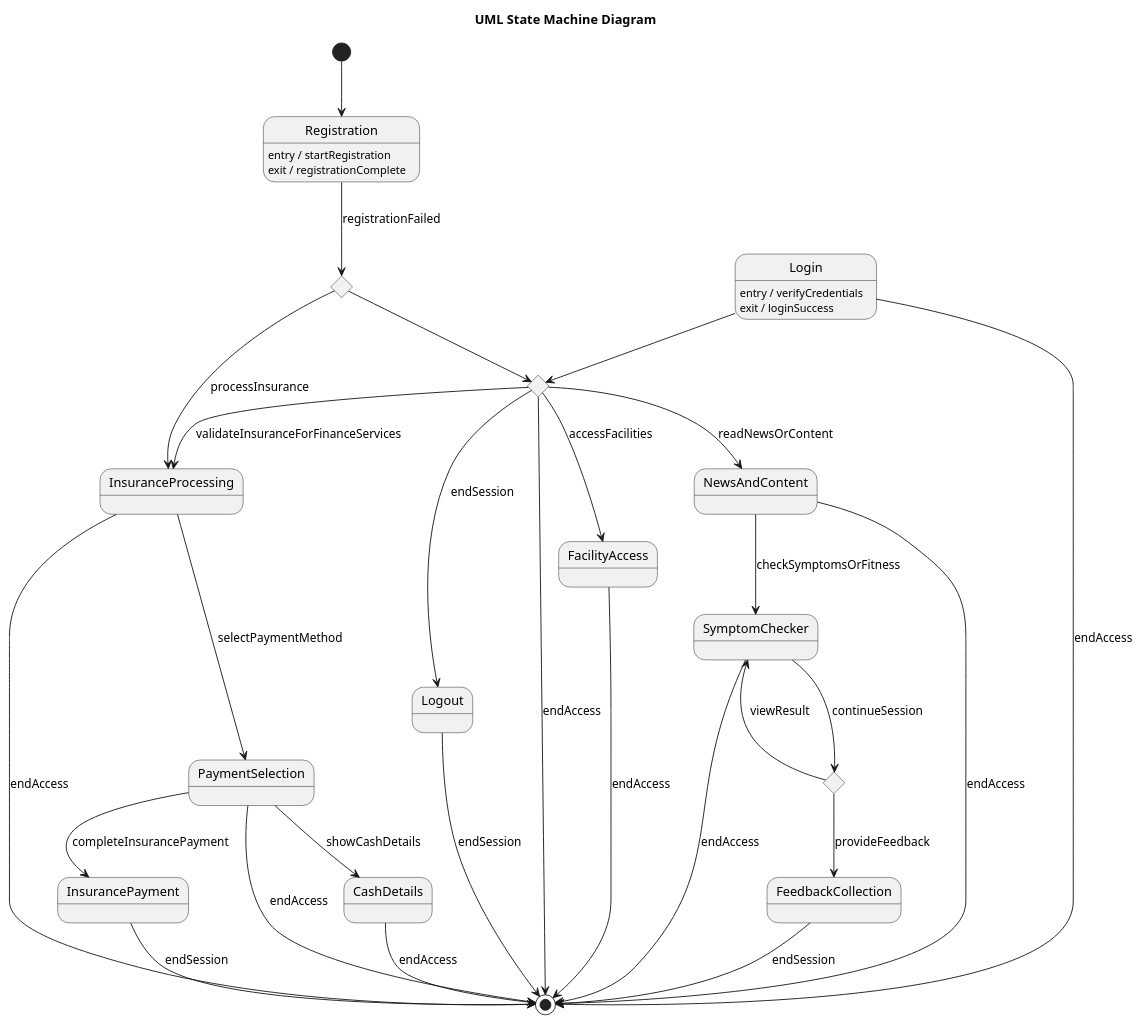
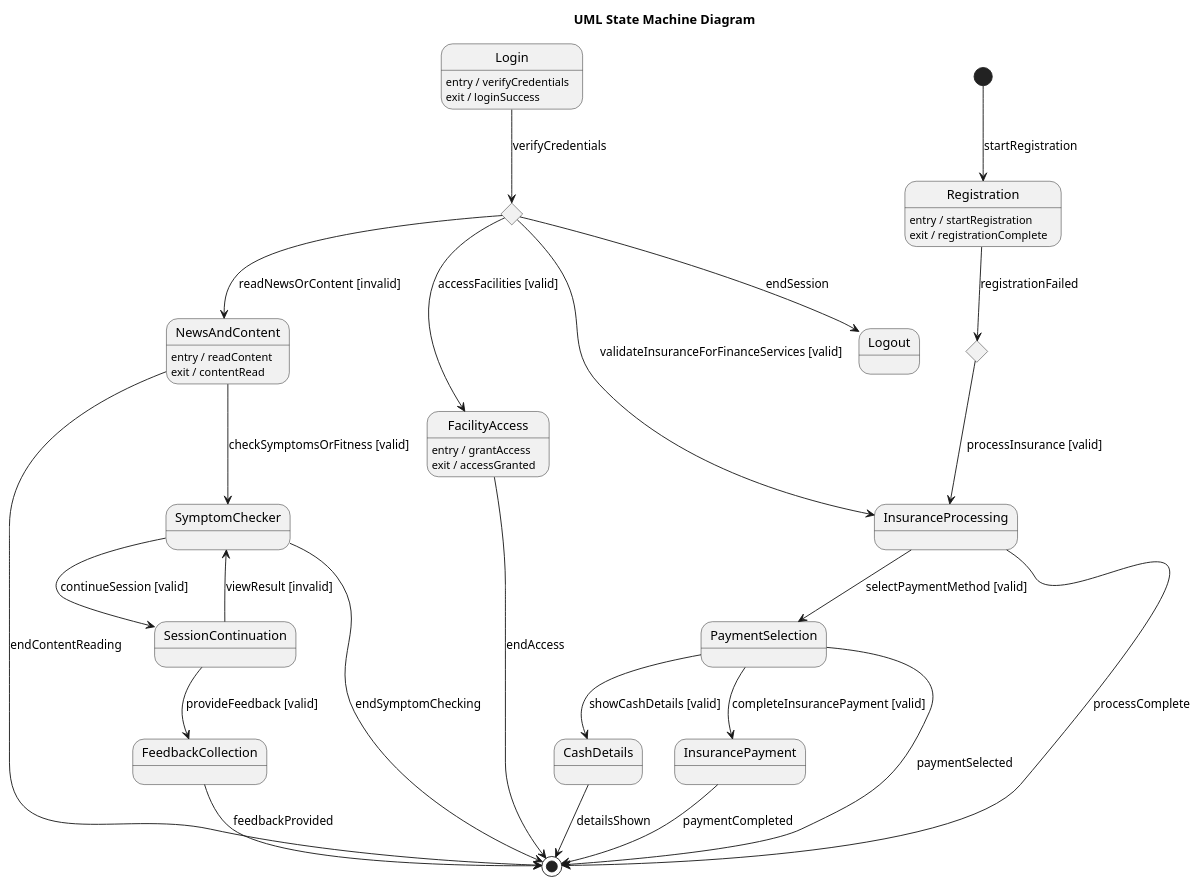
The diagram in results/plantuml_pipeline_run2/runs/open_source__qwen25_7b_instruct__rag_validation_generator_critic_repair/case_01_healthcare_portal/run_01.repair_01.puml (maimunafaria/State_transition_Diagram_generated_by_LLM), drawn with PlantUML before and after one commit. The commit also changed 148 other files, not shown here.

```diff
--- a/results/plantuml_pipeline_run2/runs/open_source__qwen25_7b_instruct__rag_validation_generator_critic_repair/case_01_healthcare_portal/run_01.repair_01.puml
+++ b/results/plantuml_pipeline_run2/runs/open_source__qwen25_7b_instruct__rag_validation_generator_critic_repair/case_01_healthcare_portal/run_01.repair_01.puml
@@ -1,65 +1,64 @@
 @startuml
 title UML State Machine Diagram
 
-[*] --> Registration
+[*] --> Registration : startRegistration
 
 state Registration
 Registration : entry / startRegistration
 Registration : exit / registrationComplete
 
 state RegistrationFailure <<choice>>
 Registration --> RegistrationFailure : registrationFailed
+RegistrationFailure : exit / handleFailure
 
 state Login
 Login : entry / verifyCredentials
 Login : exit / loginSuccess
 
 state MainMenu <<choice>>
-Login --> MainMenu
-RegistrationFailure --> MainMenu
+Login --> MainMenu : verifyCredentials
+MainMenu --> FacilityAccess : accessFacilities [valid]
+MainMenu --> NewsAndContent : readNewsOrContent [invalid]
 
 state FacilityAccess
-MainMenu --> FacilityAccess : accessFacilities
+FacilityAccess : entry / grantAccess
+FacilityAccess : exit / accessGranted
 
 state NewsAndContent
-MainMenu --> NewsAndContent : readNewsOrContent
+NewsAndContent : entry / readContent
+NewsAndContent : exit / contentRead
 
 state SymptomChecker
-NewsAndContent --> SymptomChecker : checkSymptomsOrFitness
-
-state SessionContinuation <<choice>>
-SymptomChecker --> SessionContinuation : continueSession
-SessionContinuation --> SymptomChecker : viewResult
+NewsAndContent --> SymptomChecker : checkSymptomsOrFitness [valid]
+SymptomChecker --> SessionContinuation : continueSession [valid]
+SessionContinuation --> SymptomChecker : viewResult [invalid]
 
 state InsuranceProcessing
-RegistrationFailure --> InsuranceProcessing : processInsurance
-MainMenu --> InsuranceProcessing : validateInsuranceForFinanceServices
+RegistrationFailure --> InsuranceProcessing : processInsurance [valid]
+MainMenu --> InsuranceProcessing : validateInsuranceForFinanceServices [valid]
 
 state PaymentSelection
-InsuranceProcessing --> PaymentSelection : selectPaymentMethod
+InsuranceProcessing --> PaymentSelection : selectPaymentMethod [valid]
 
 state CashDetails
-PaymentSelection --> CashDetails : showCashDetails
+PaymentSelection --> CashDetails : showCashDetails [valid]
 
 state InsurancePayment
-PaymentSelection --> InsurancePayment : completeInsurancePayment
+PaymentSelection --> InsurancePayment : completeInsurancePayment [valid]
 
 state FeedbackCollection
-SessionContinuation --> FeedbackCollection : provideFeedback
+SessionContinuation --> FeedbackCollection : provideFeedback [valid]
 
 state Logout
 MainMenu --> Logout : endSession
 
 FacilityAccess --> [*] : endAccess
-FeedbackCollection --> [*] : endSession
-Login --> [*] : endAccess
-Logout --> [*] : endSession
-MainMenu --> [*] : endAccess
-NewsAndContent --> [*] : endAccess
-SymptomChecker --> [*] : endAccess
-InsuranceProcessing --> [*] : endAccess
-PaymentSelection --> [*] : endAccess
-CashDetails --> [*] : endAccess
-InsurancePayment --> [*] : endSession
+NewsAndContent --> [*] : endContentReading
+SymptomChecker --> [*] : endSymptomChecking
+InsuranceProcessing --> [*] : processComplete
+PaymentSelection --> [*] : paymentSelected
+CashDetails --> [*] : detailsShown
+InsurancePayment --> [*] : paymentCompleted
+FeedbackCollection --> [*] : feedbackProvided
 
 @enduml
```
